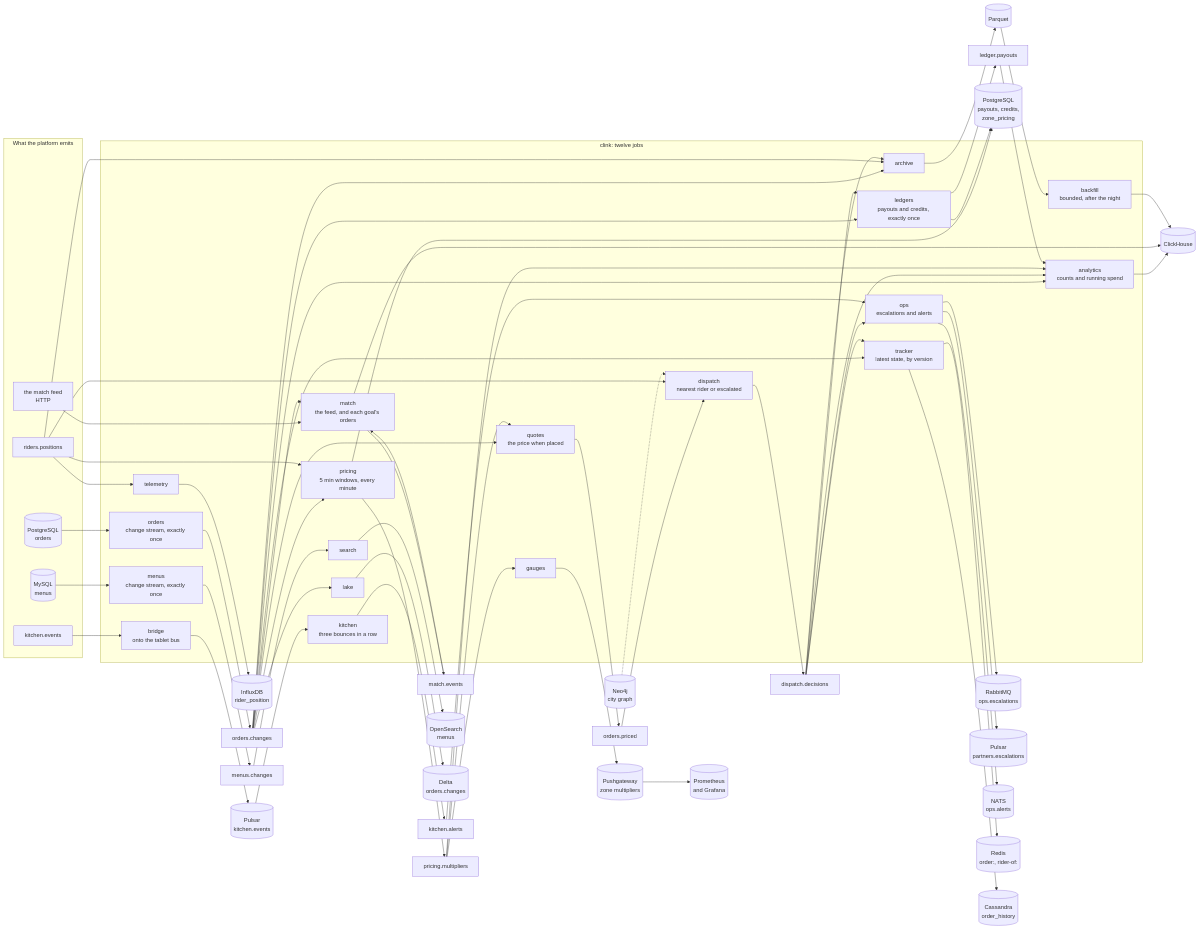
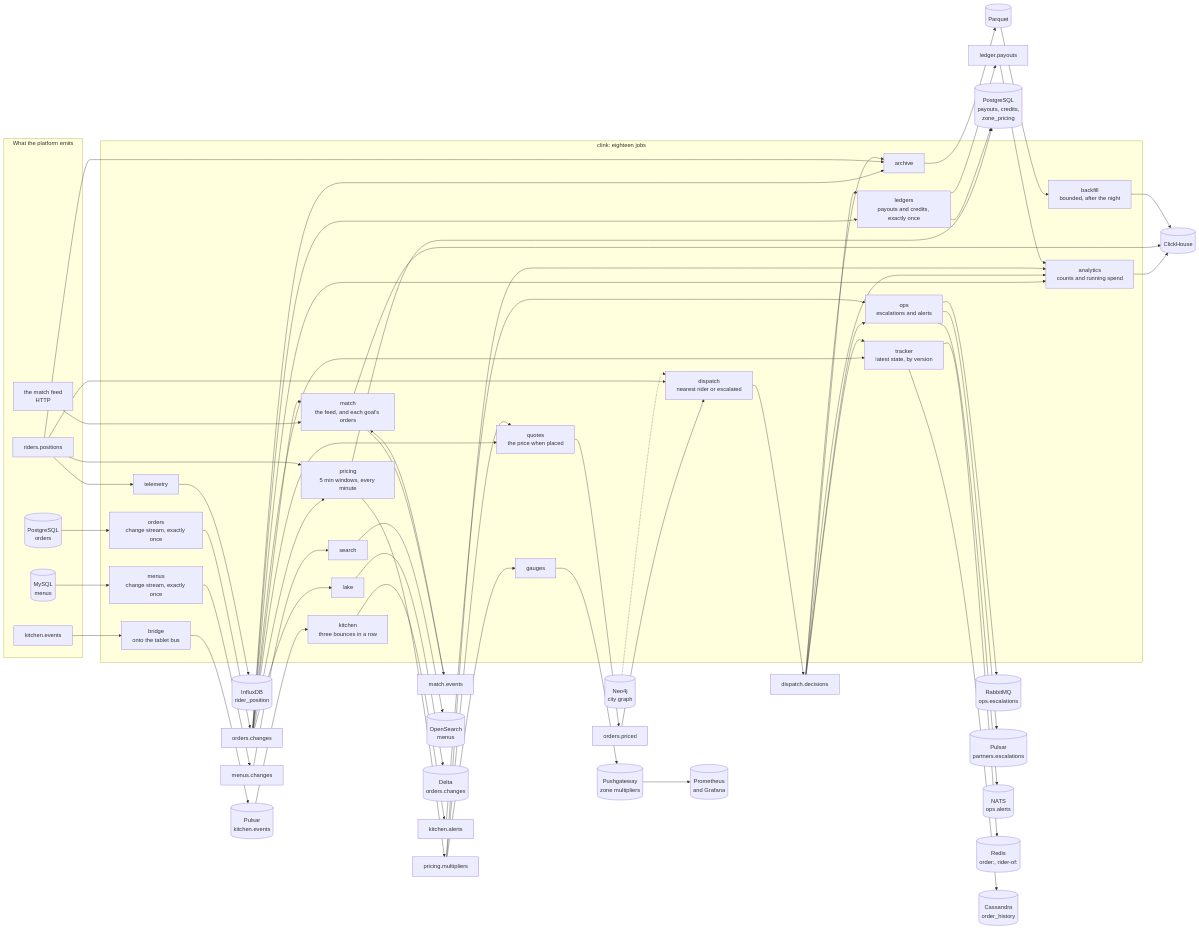
Before and after one commit to orhaugh/half-time: the diagram in README.md, drawn with Mermaid. The commit also changed other lines of this file and 10 other files, not shown here.

```diff
--- a/README.md
+++ b/README.md
@@ -115,7 +118,7 @@
         KE["kitchen.events"]
         MF["the match feed<br/>HTTP"]
     end
-    subgraph clink["clink: twelve jobs"]
+    subgraph clink["clink: eighteen jobs"]
         O["orders<br/>change stream, exactly once"]
         P["pricing<br/>5 min windows, every minute"]
         Q["quotes<br/>the price when placed"]
```
